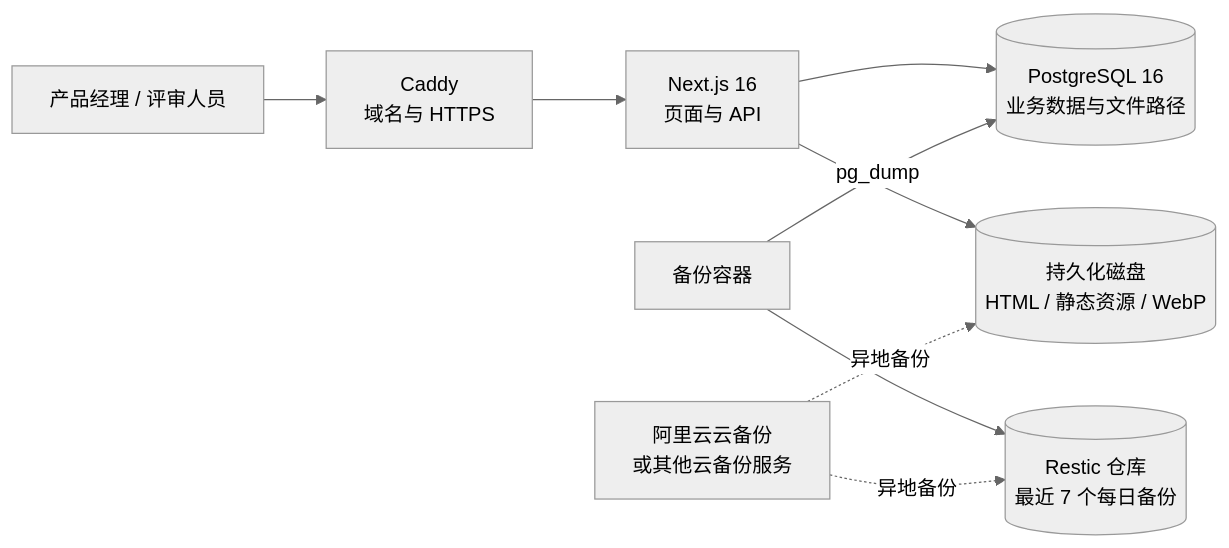
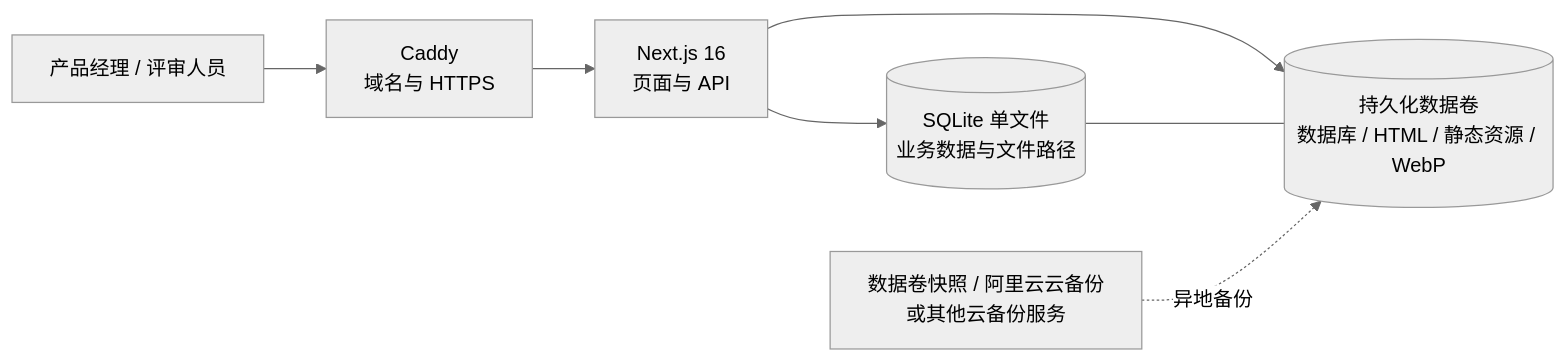
Before and after one commit to wewelove/prototype-html-hosting-platform: the diagram in README.md, drawn with Mermaid (neutral theme). The commit also changed other lines of this file and 52 other files, not shown here.

````diff
--- a/README.md
+++ b/README.md
@@ -100,11 +99,9 @@
 ```mermaid
 flowchart LR
     U["产品经理 / 评审人员"] --> C["Caddy\n域名与 HTTPS"]
     C --> A["Next.js 16\n页面与 API"]
-    A --> P[("PostgreSQL 16\n业务数据与文件路径")]
-    A --> D[("持久化磁盘\nHTML / 静态资源 / WebP")]
-    B["备份容器"] -->|pg_dump| P
-    B --> R[("Restic 仓库\n最近 7 个每日备份")]
-    Y["阿里云云备份\n或其他云备份服务"] -.异地备份.-> D
-    Y -.异地备份.-> R
+    A --> S[("SQLite 单文件\n业务数据与文件路径")]
+    A --> D[("持久化数据卷\n数据库 / HTML / 静态资源 / WebP")]
+    S --- D
+    Y["数据卷快照 / 阿里云云备份\n或其他云备份服务"] -.异地备份.-> D
 ```
````
